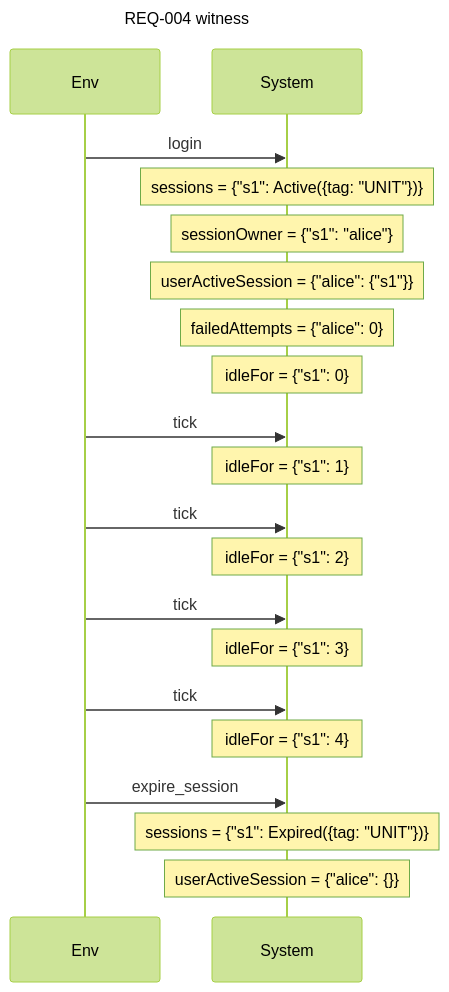
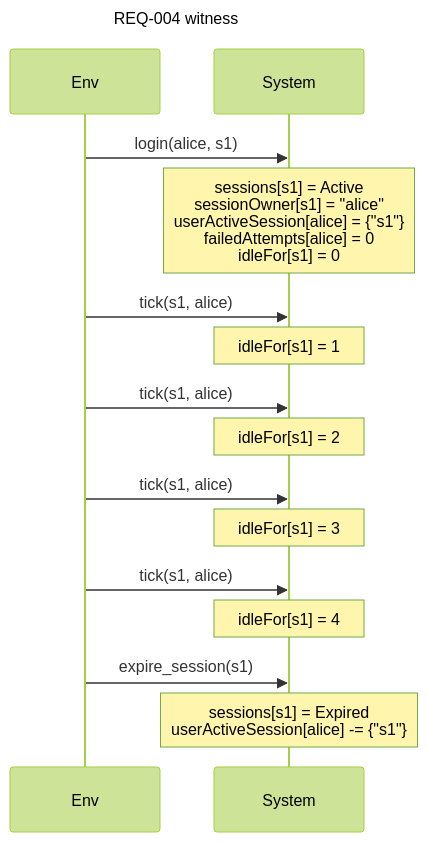
The sixth of 9 diagrams in examples/specs/auth.readback.md (AlesKracik/quintessence), drawn with Mermaid (forest theme) before and after one commit. The commit also changed other lines of this file and 17 other files, not shown here.

````diff
--- a/examples/specs/auth.readback.md
+++ b/examples/specs/auth.readback.md
@@ -428,23 +442,18 @@
 ```mermaid
 sequenceDiagram
     title REQ-004 witness
     participant E as Env
     participant S as System
-    E->>S: login
-    Note over S: sessions = {"s1": Active({tag: "UNIT"})}
-    Note over S: sessionOwner = {"s1": "alice"}
-    Note over S: userActiveSession = {"alice": {"s1"}}
-    Note over S: failedAttempts = {"alice": 0}
-    Note over S: idleFor = {"s1": 0}
-    E->>S: tick
-    Note over S: idleFor = {"s1": 1}
-    E->>S: tick
-    Note over S: idleFor = {"s1": 2}
-    E->>S: tick
-    Note over S: idleFor = {"s1": 3}
-    E->>S: tick
-    Note over S: idleFor = {"s1": 4}
-    E->>S: expire_session
-    Note over S: sessions = {"s1": Expired({tag: "UNIT"})}
-    Note over S: userActiveSession = {"alice": {}}
+    E->>S: login(alice, s1)
+    Note over S: sessions[s1] = Active<br/>sessionOwner[s1] = "alice"<br/>userActiveSession[alice] = {"s1"}<br/>failedAttempts[alice] = 0<br/>idleFor[s1] = 0
+    E->>S: tick(s1, alice)
+    Note over S: idleFor[s1] = 1
+    E->>S: tick(s1, alice)
+    Note over S: idleFor[s1] = 2
+    E->>S: tick(s1, alice)
+    Note over S: idleFor[s1] = 3
+    E->>S: tick(s1, alice)
+    Note over S: idleFor[s1] = 4
+    E->>S: expire_session(s1)
+    Note over S: sessions[s1] = Expired<br/>userActiveSession[alice] -= {"s1"}
 ```
````
